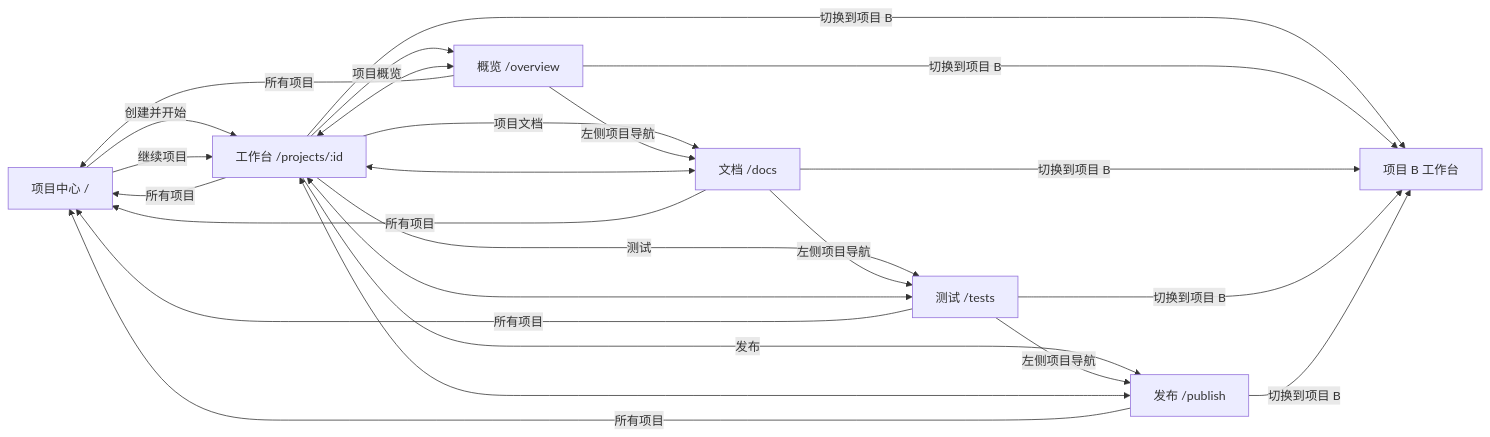
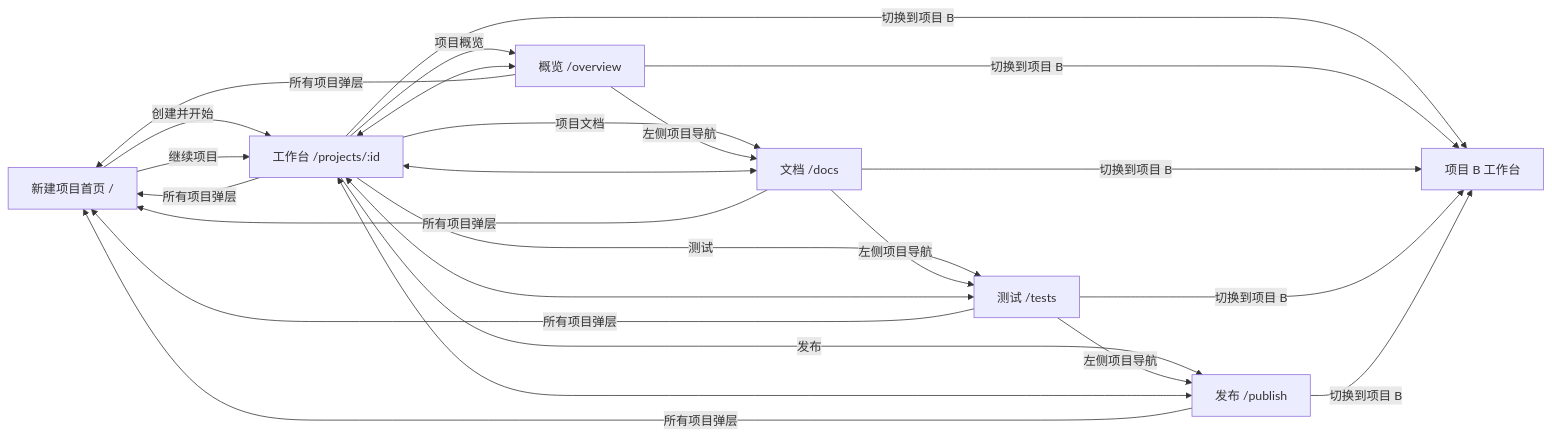
The diagram in design/INTERACTIONS.md (KevinChen073/my-atom-demo), drawn with Mermaid before and after one commit. The commit also changed other lines of this file and 91 other files, not shown here.

````diff
--- a/design/INTERACTIONS.md
+++ b/design/INTERACTIONS.md
@@ -7,26 +29,26 @@
 ```mermaid
 flowchart LR
-    H[项目中心 /] -->|创建并开始| W[工作台 /projects/:id]
+    H[新建项目首页 /] -->|创建并开始| W[工作台 /projects/:id]
     H -->|继续项目| W
     W -->|项目概览| O[概览 /overview]
     W -->|项目文档| D[文档 /docs]
     W -->|测试| T[测试 /tests]
     W -->|发布| P[发布 /publish]
     O <--> W
     D <--> W
     T <--> W
     P <--> W
     O -->|左侧项目导航| D
     D -->|左侧项目导航| T
     T -->|左侧项目导航| P
-    W -->|所有项目| H
-    O -->|所有项目| H
-    D -->|所有项目| H
-    T -->|所有项目| H
-    P -->|所有项目| H
+    W -->|所有项目弹层| H
+    O -->|所有项目弹层| H
+    D -->|所有项目弹层| H
+    T -->|所有项目弹层| H
+    P -->|所有项目弹层| H
     W -->|切换到项目 B| WB[项目 B 工作台]
     O -->|切换到项目 B| WB
     D -->|切换到项目 B| WB
     T -->|切换到项目 B| WB
     P -->|切换到项目 B| WB
 ```
````
